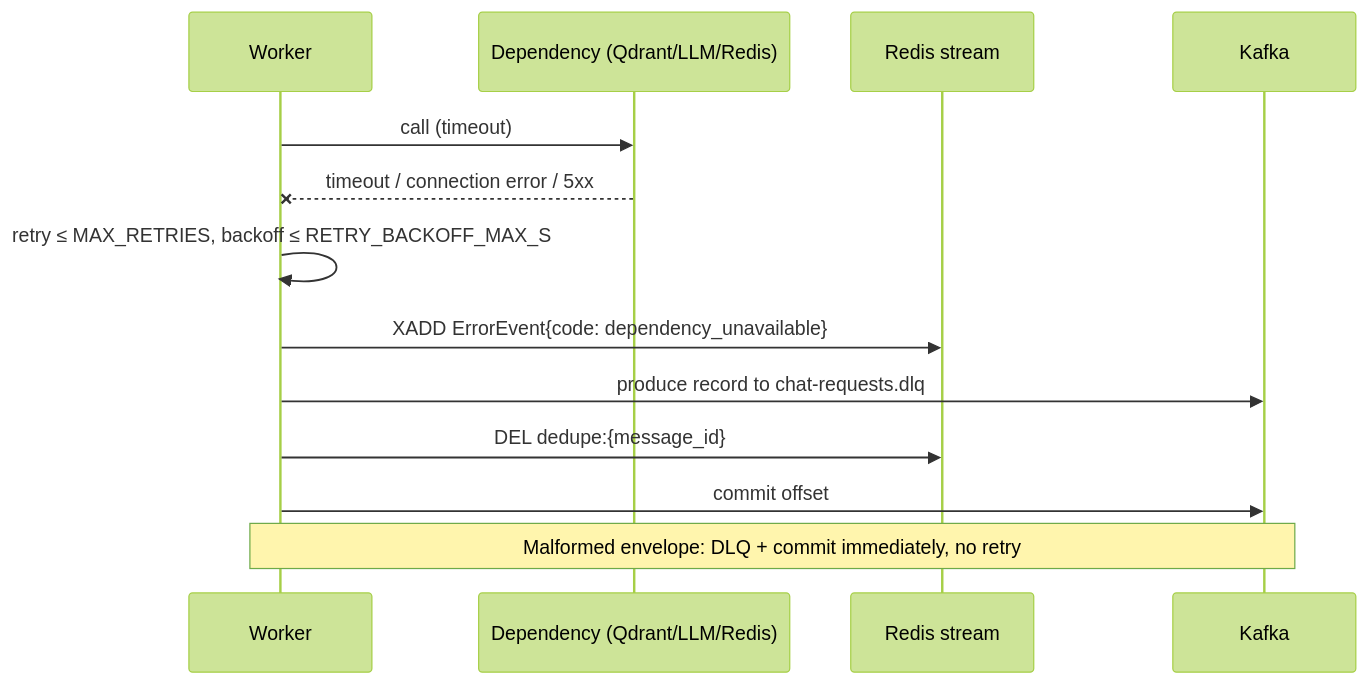
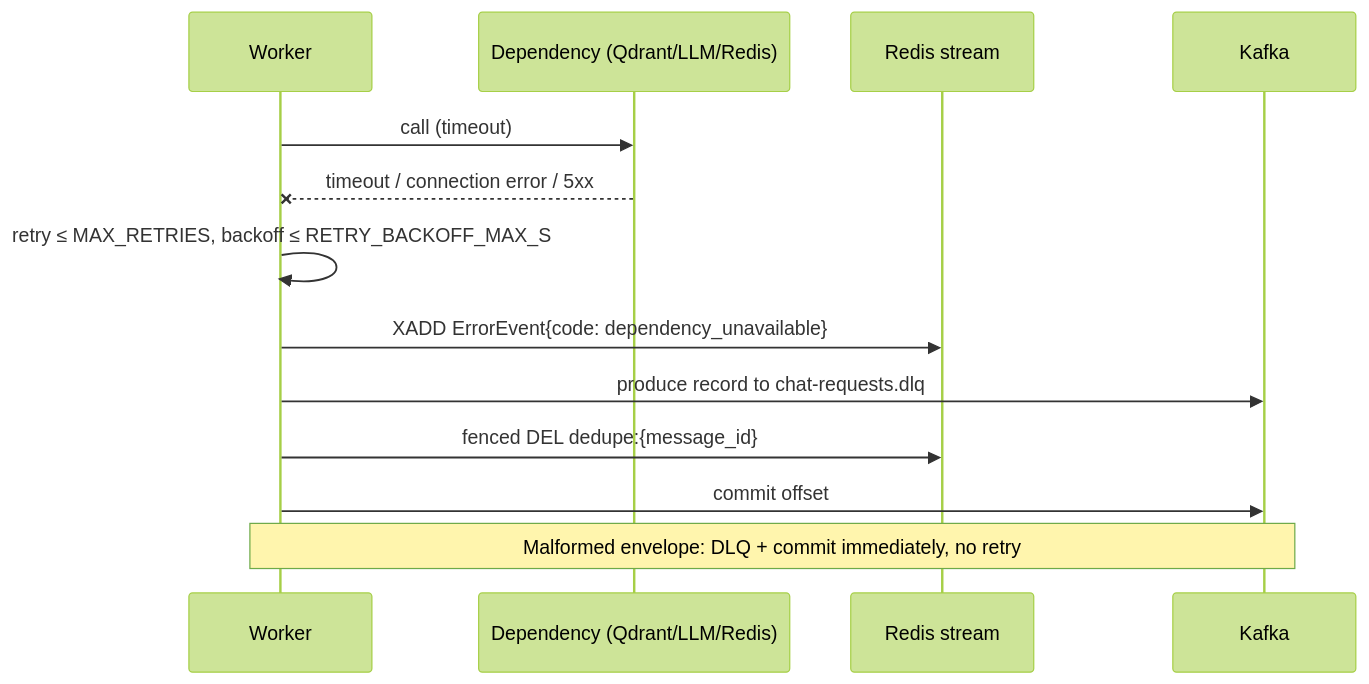
Before and after one commit to jayakumar-devaraj/enterprise-agentic-event-driven-chatbot: the second of 5 diagrams in docs/architecture/LLD.md, drawn with Mermaid (forest theme). The commit also changed other lines of this file and 16 other files, not shown here.

````diff
--- a/docs/architecture/LLD.md
+++ b/docs/architecture/LLD.md
@@ -75,15 +75,15 @@
 ```mermaid
 sequenceDiagram
   participant W as Worker
   participant D as Dependency (Qdrant/LLM/Redis)
   participant R as Redis stream
   participant K as Kafka
   W->>D: call (timeout)
   D--xW: timeout / connection error / 5xx
   W->>W: retry ≤ MAX_RETRIES, backoff ≤ RETRY_BACKOFF_MAX_S
   W->>R: XADD ErrorEvent{code: dependency_unavailable}
   W->>K: produce record to chat-requests.dlq
-  W->>R: DEL dedupe:{message_id}
+  W->>R: fenced DEL dedupe:{message_id}
   W->>K: commit offset
   Note over W,K: Malformed envelope: DLQ + commit immediately, no retry
 ```
````
